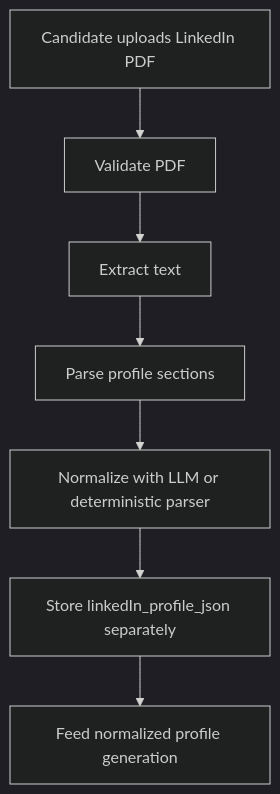
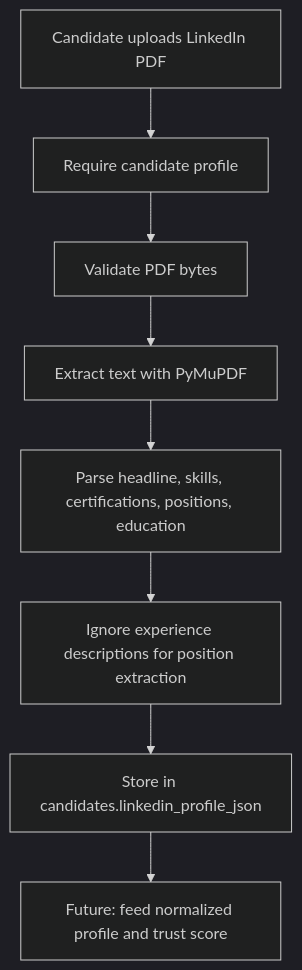
Before and after one commit to Lowdata/CertiFit: the seventh of 12 diagrams in backend/backend.md, drawn with Mermaid (dark theme). The commit also changed other lines of this file and 9 other files, not shown here.

Commit message:
feat(linkedin): implement LinkedIn profile upload and parsing functionality

````diff
--- a/backend/backend.md
+++ b/backend/backend.md
@@ -388,9 +392,10 @@
 ```mermaid
 flowchart TD
-    A["Candidate uploads LinkedIn PDF"] --> B["Validate PDF"]
-    B --> C["Extract text"]
-    C --> D["Parse profile sections"]
-    D --> E["Normalize with LLM or deterministic parser"]
-    E --> F["Store linkedIn_profile_json separately"]
-    F --> G["Feed normalized profile generation"]
+    A["Candidate uploads LinkedIn PDF"] --> B["Require candidate profile"]
+    B --> C["Validate PDF bytes"]
+    C --> D["Extract text with PyMuPDF"]
+    D --> E["Parse headline, skills, certifications, positions, education"]
+    E --> F["Ignore experience descriptions for position extraction"]
+    F --> G["Store in candidates.linkedin_profile_json"]
+    G --> H["Future: feed normalized profile and trust score"]
 ```
````
